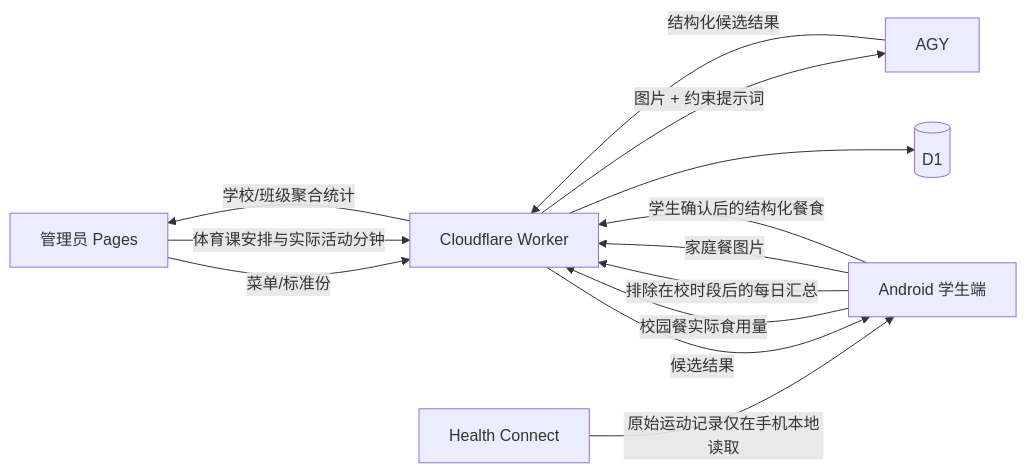
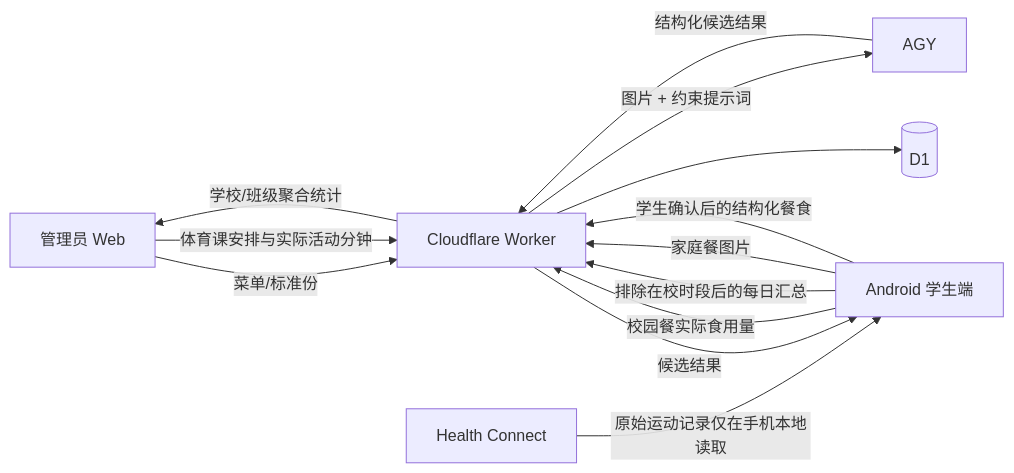
One commit to welkin-moon/health2609 changed the diagram in docs/submission.md. Above: the diagram before and after it, drawn with Mermaid. The commit also changed other lines of this file, not shown here.

Commit message:
docs: remove Pages dependency from submission wording

````diff
--- a/docs/submission.md
+++ b/docs/submission.md
@@ -9,15 +9,15 @@
 ```mermaid
 flowchart LR
-    A[管理员 Pages] -->|菜单/标准份| W[Cloudflare Worker]
+    A[管理员 Web] -->|菜单/标准份| W[Cloudflare Worker]
     A -->|体育课安排与实际活动分钟| W
     S[Android 学生端] -->|校园餐实际食用量| W
     H[Health Connect] -->|原始运动记录仅在手机本地读取| S
     S -->|排除在校时段后的每日汇总| W
     S -->|家庭餐图片| W
     W -->|图片 + 约束提示词| G[AGY]
     G -->|结构化候选结果| W
     W -->|候选结果| S
     S -->|学生确认后的结构化餐食| W
     W --> D[(D1)]
     W -->|学校/班级聚合统计| A
 ```
````
